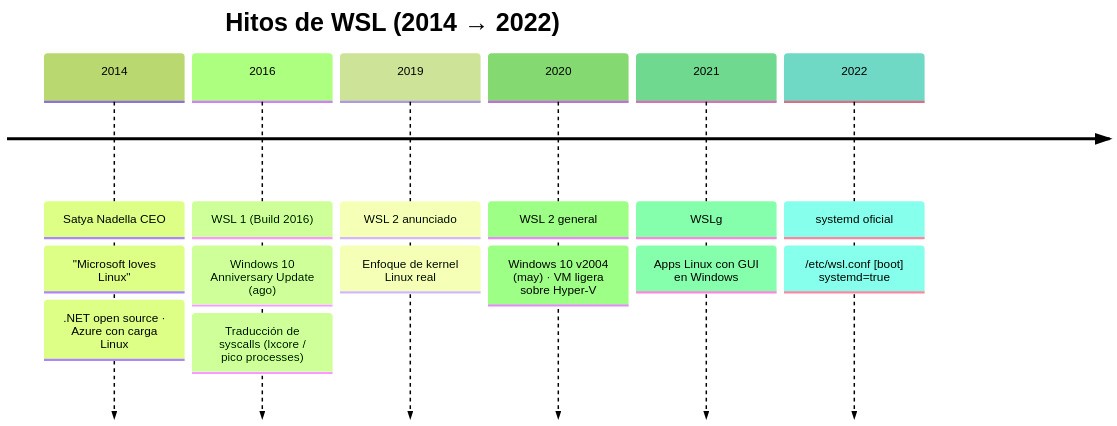
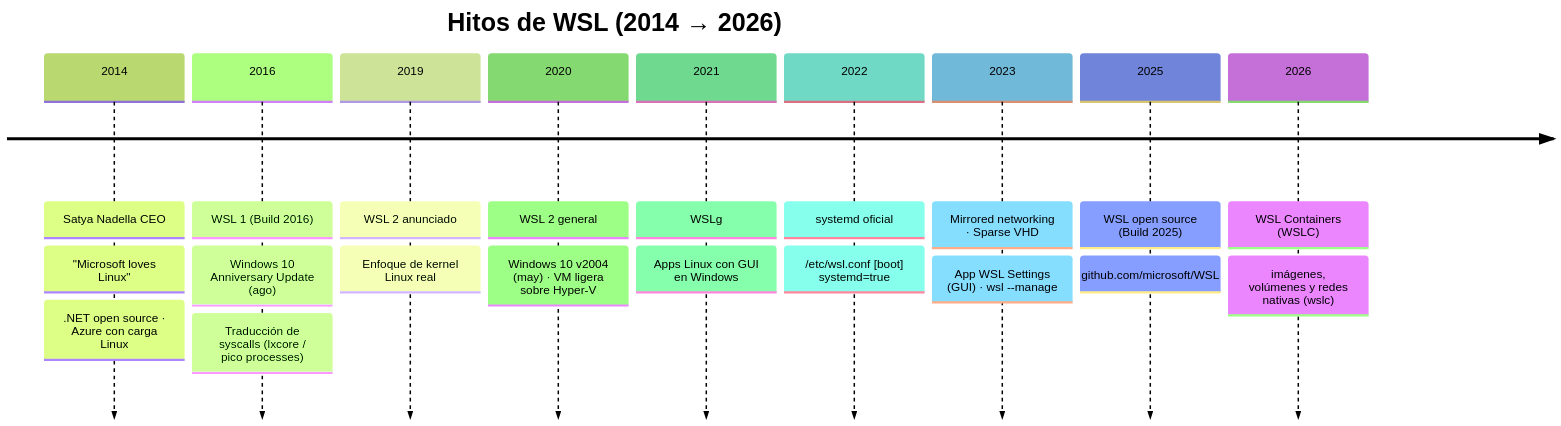
The first of 2 diagrams in docs/wsl-historia-y-referencia.md (vladimiracunadev-create/wsl-labs), drawn with Mermaid (forest theme) before and after one commit. The commit also changed other lines of this file, not shown here.

First line of the commit message:
docs(wsl-historia): añade WSL 2025-2026 (open source + WSLC)

````diff
--- a/docs/wsl-historia-y-referencia.md
+++ b/docs/wsl-historia-y-referencia.md
@@ -94,18 +94,24 @@
 ```mermaid
 timeline
-    title Hitos de WSL (2014 → 2022)
+    title Hitos de WSL (2014 → 2026)
     2014 : Satya Nadella CEO
          : "Microsoft loves Linux"
          : .NET open source · Azure con carga Linux
     2016 : WSL 1 (Build 2016)
          : Windows 10 Anniversary Update (ago)
          : Traducción de syscalls (lxcore / pico processes)
     2019 : WSL 2 anunciado
          : Enfoque de kernel Linux real
     2020 : WSL 2 general
          : Windows 10 v2004 (may) · VM ligera sobre Hyper-V
     2021 : WSLg
          : Apps Linux con GUI en Windows
     2022 : systemd oficial
          : /etc/wsl.conf [boot] systemd=true
+    2023 : Mirrored networking · Sparse VHD
+         : App WSL Settings (GUI) · wsl --manage
+    2025 : WSL open source (Build 2025)
+         : github.com/microsoft/WSL
+    2026 : WSL Containers (WSLC)
+         : imágenes, volúmenes y redes nativas (wslc)
 ```
````
